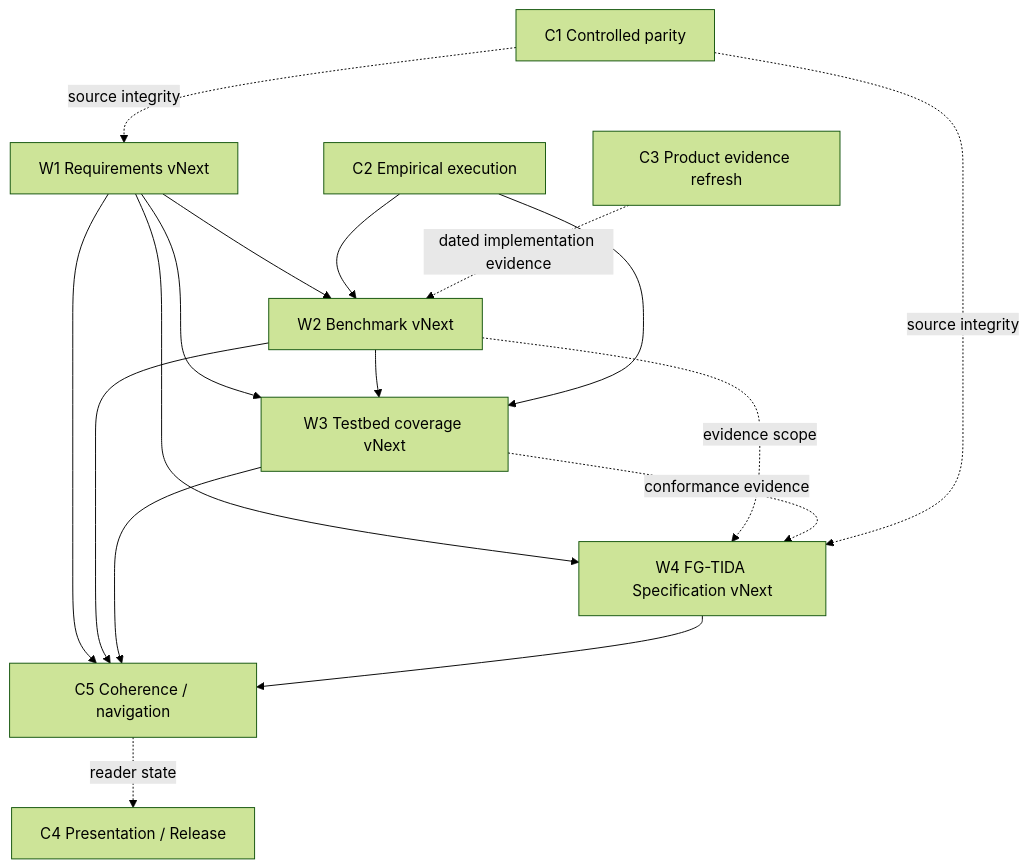
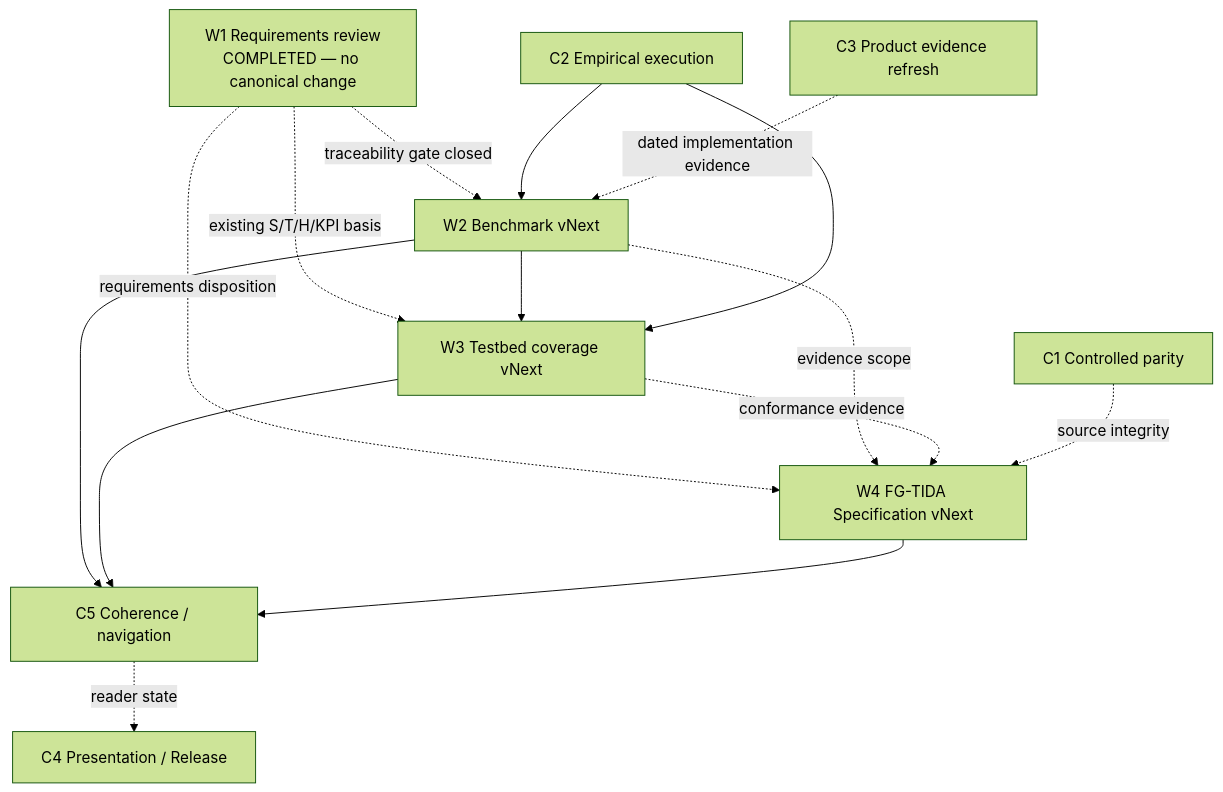
The diagram in research/ecosystem-awareness/WORKPLAN.md (dakleyer/structural-awareness-contributions), drawn with Mermaid (forest theme) before and after one commit. The commit also changed other lines of this file, not shown here.

Commit message:
requirements: close W1 review without canonical change

````diff
--- a/research/ecosystem-awareness/WORKPLAN.md
+++ b/research/ecosystem-awareness/WORKPLAN.md
@@ -240,30 +210,28 @@
 ```mermaid
 flowchart TB
-    W1["W1 Requirements vNext"]
+    W1["W1 Requirements review\nCOMPLETED — no canonical change"]
     W2["W2 Benchmark vNext"]
     W3["W3 Testbed coverage vNext"]
     W4["W4 FG-TIDA Specification vNext"]
     C1["C1 Controlled parity"]
     C2["C2 Empirical execution"]
     C3["C3 Product evidence refresh"]
     C4["C4 Presentation / Release"]
     C5["C5 Coherence / navigation"]
 
-    W1 --> W2
-    W1 --> W3
+    W1 -. "traceability gate closed" .-> W2
+    W1 -. "existing S/T/H/KPI basis" .-> W3
     W2 --> W3
-    W1 --> W4
+    W1 -. "requirements disposition" .-> W4
     W2 -. "evidence scope" .-> W4
     W3 -. "conformance evidence" .-> W4
 
-    C1 -. "source integrity" .-> W1
     C1 -. "source integrity" .-> W4
     C2 --> W2
     C2 --> W3
     C3 -. "dated implementation evidence" .-> W2
-    W1 --> C5
     W2 --> C5
     W3 --> C5
     W4 --> C5
     C5 -. "reader state" .-> C4
 ```
````
